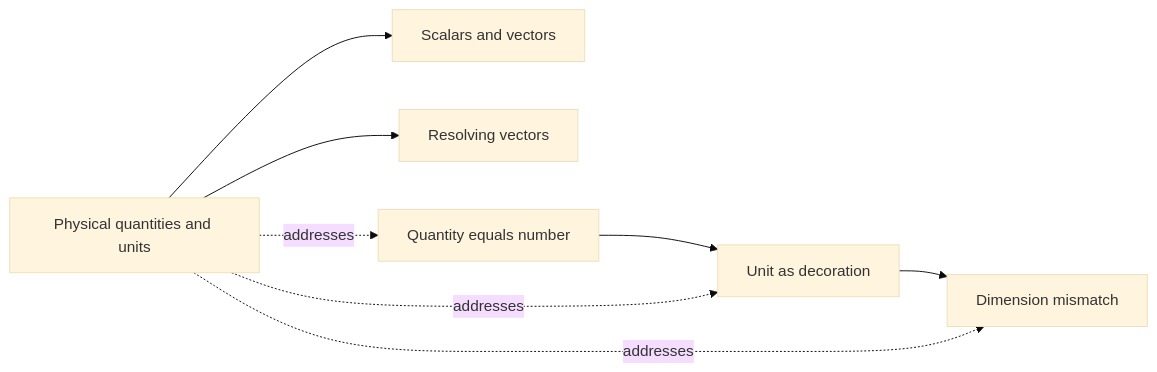
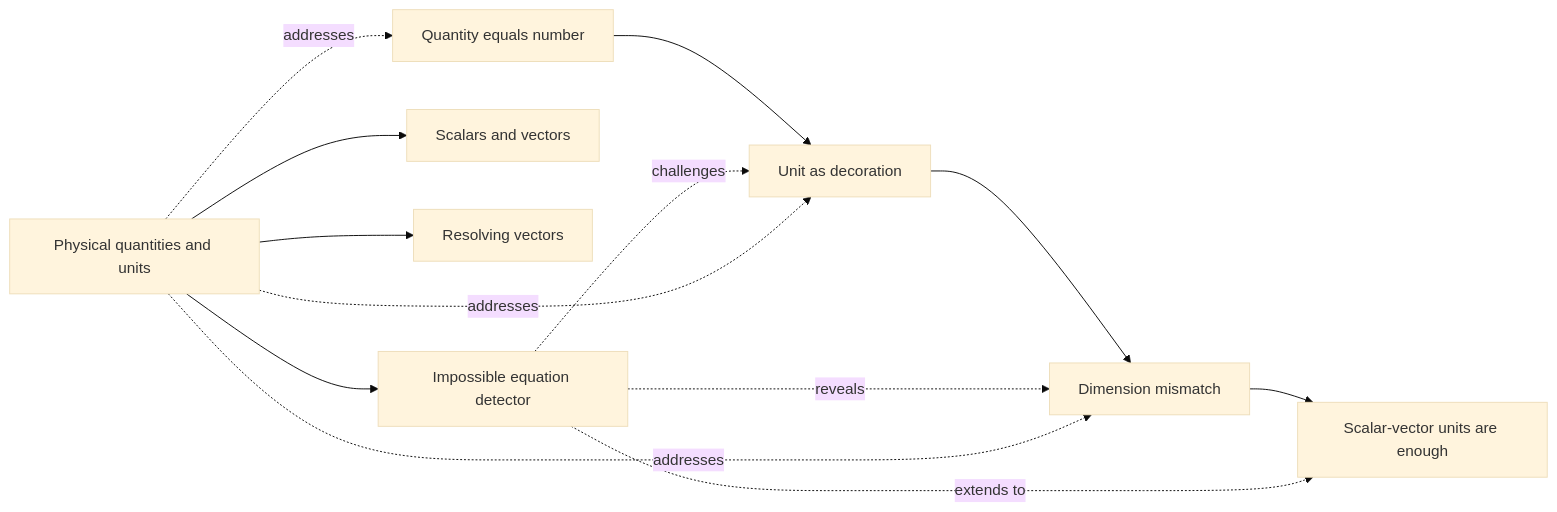
The diagram in a-level/content/physics/containers/physical-quantities-and-units/concept-map/graph.mmd (anieyrudh/Paideia), drawn with Mermaid (base theme) before and after one commit. The commit also changed 23 other files, not shown here.

Commit message:
feat(a-level): productize physical quantities container

```diff
--- a/a-level/content/physics/containers/physical-quantities-and-units/concept-map/graph.mmd
+++ b/a-level/content/physics/containers/physical-quantities-and-units/concept-map/graph.mmd
@@ -1,8 +1,13 @@
 flowchart LR
-  current["Physical quantities and units"] --> scalars["Scalars and vectors"]
+  current["Physical quantities and units"] --> detector["Impossible equation detector"]
+  current --> scalars["Scalars and vectors"]
   current --> resolving["Resolving vectors"]
   number["Quantity equals number"] --> decoration["Unit as decoration"]
   decoration --> mismatch["Dimension mismatch"]
+  mismatch --> direction["Scalar-vector units are enough"]
+  detector -. challenges .-> decoration
+  detector -. reveals .-> mismatch
+  detector -. extends to .-> direction
   current -. addresses .-> number
   current -. addresses .-> decoration
   current -. addresses .-> mismatch
```
